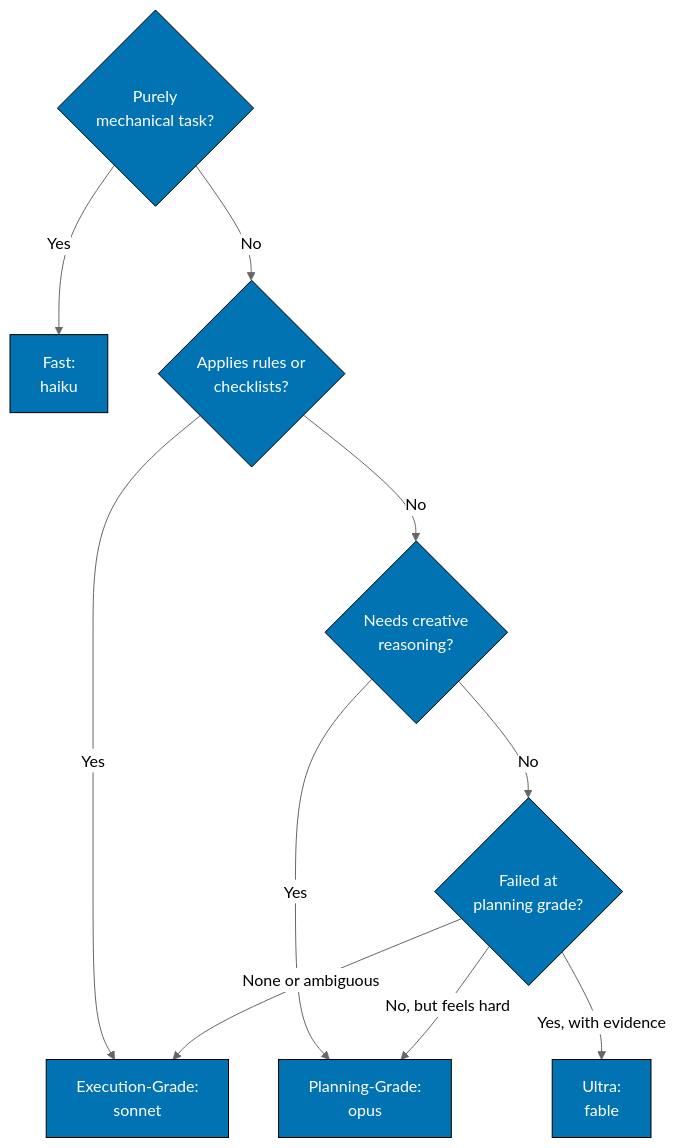
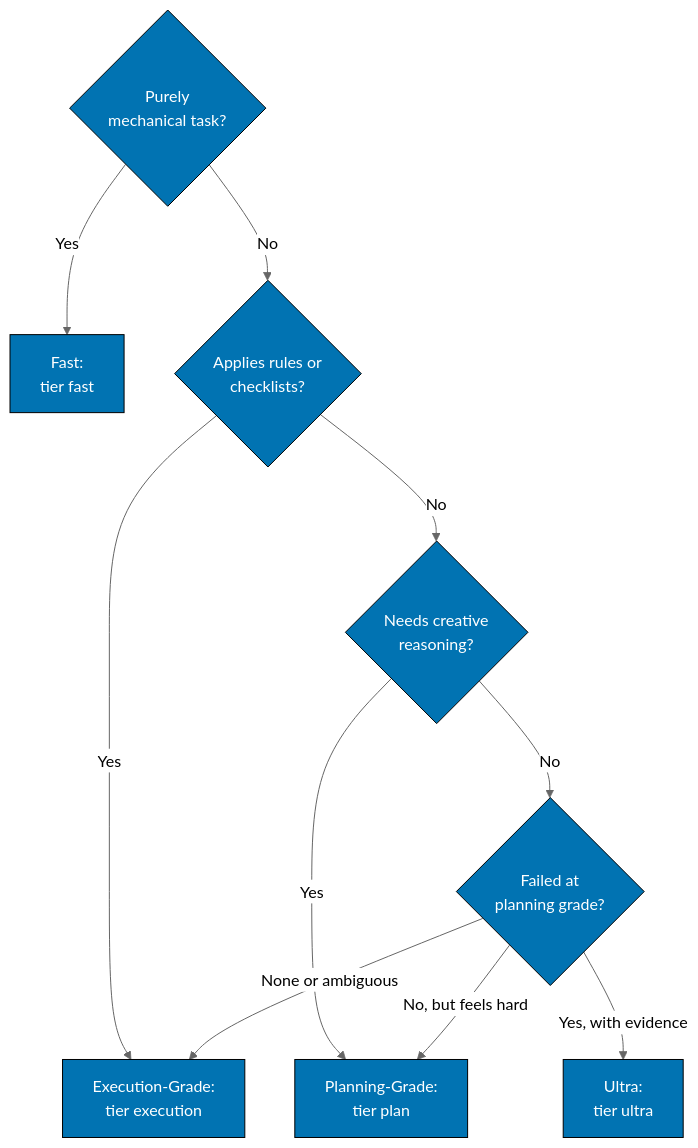
One commit to wahidyankf/ose-public changed the diagram in repo-governance/development/agents/model-selection/model-selection-decision-tree.md. Above: the diagram before and after it, drawn with Mermaid (neutral theme). The commit also changed 393 other files, not shown here.

````diff
--- a/repo-governance/development/agents/model-selection/model-selection-decision-tree.md
+++ b/repo-governance/development/agents/model-selection/model-selection-decision-tree.md
@@ -10,16 +10,16 @@
 ```mermaid
 flowchart TD
     accTitle: Model Selection Decision Tree
-    accDescr: Purely mechanical task? leads to Fast: haiku via Yes; Purely mechanical task? leads to Applies rules or checklists? via No; Applies rules or checklists? leads to Execution-Grade: sonnet via Yes; and 6 more links.
+    accDescr: Purely mechanical task? leads to Fast: tier fast via Yes; Purely mechanical task? leads to Applies rules or checklists? via No; Applies rules or checklists? leads to Execution-Grade: tier execution via Yes; and 6 more links.
     Q1{"Purely<br/>mechanical task?"}
-    Q1 -->|Yes| F["Fast:<br/>haiku"]
+    Q1 -->|Yes| F["Fast:<br/>tier fast"]
     Q1 -->|No| Q2{"Applies rules or<br/>checklists?"}
-    Q2 -->|Yes| X["Execution-Grade:<br/>sonnet"]
+    Q2 -->|Yes| X["Execution-Grade:<br/>tier execution"]
     Q2 -->|No| Q3{"Needs creative<br/>reasoning?"}
-    Q3 -->|Yes| P["Planning-Grade:<br/>opus"]
+    Q3 -->|Yes| P["Planning-Grade:<br/>tier plan"]
     Q3 -->|No| Q4{"Failed at<br/>planning grade?"}
-    Q4 -->|Yes, with evidence| U["Ultra:<br/>fable"]
+    Q4 -->|Yes, with evidence| U["Ultra:<br/>tier ultra"]
     Q4 -->|No, but feels hard| P
     Q4 -->|None or ambiguous| X
     classDef default fill:#0173B2,stroke:#000000,color:#FFFFFF
 ```
````
